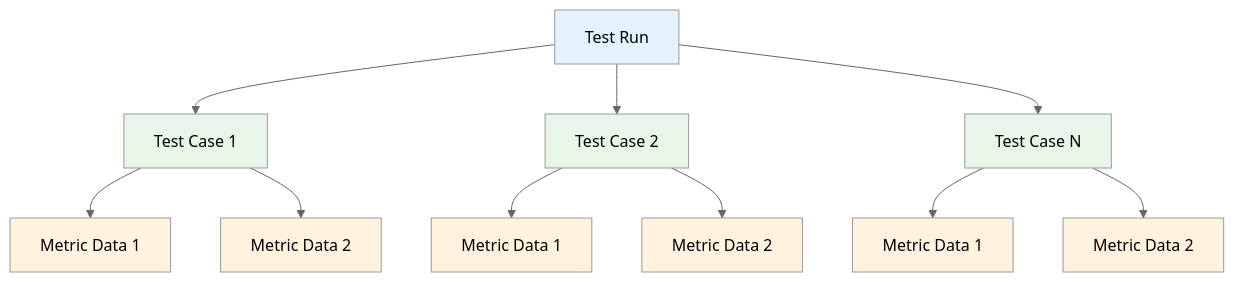
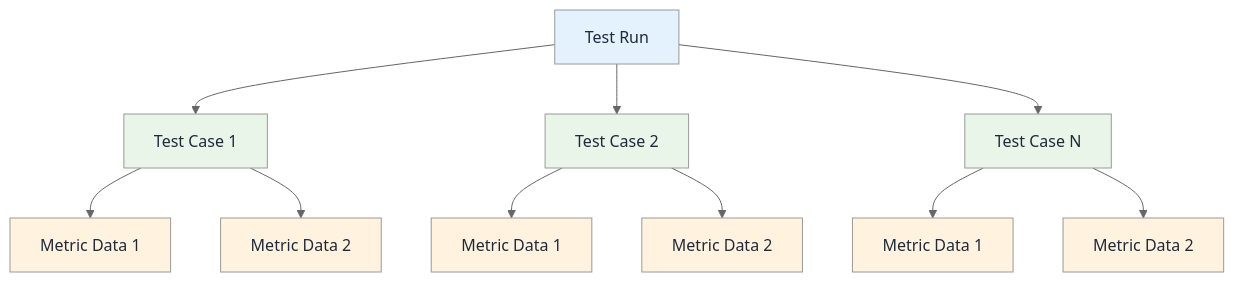
The third of 5 diagrams in fern/docs/api-docs/data-models.mdx (confident-ai/confident-docs), drawn with Mermaid (neutral theme) before and after one commit. The commit also changed other lines of this file and 13 other files, not shown here.

````diff
--- a/fern/docs/api-docs/data-models.mdx
+++ b/fern/docs/api-docs/data-models.mdx
@@ -110,26 +110,26 @@
 ```mermaid
 graph TD
     A[Test Run] --> B[Test Case 1]
     A --> C[Test Case 2]
     A --> D[Test Case N]
 
     B --> E[Metric Data 1]
     B --> F[Metric Data 2]
 
     C --> G[Metric Data 1]
     C --> H[Metric Data 2]
 
     D --> I[Metric Data 1]
     D --> J[Metric Data 2]
 
-    style A fill:#e3f2fd
-    style B fill:#e8f5e8
-    style C fill:#e8f5e8
-    style D fill:#e8f5e8
-    style E fill:#fff3e0
-    style F fill:#fff3e0
-    style G fill:#fff3e0
-    style H fill:#fff3e0
-    style I fill:#fff3e0
-    style J fill:#fff3e0
+    style A fill:#e3f2fd,color:#1e293b
+    style B fill:#e8f5e8,color:#1e293b
+    style C fill:#e8f5e8,color:#1e293b
+    style D fill:#e8f5e8,color:#1e293b
+    style E fill:#fff3e0,color:#1e293b
+    style F fill:#fff3e0,color:#1e293b
+    style G fill:#fff3e0,color:#1e293b
+    style H fill:#fff3e0,color:#1e293b
+    style I fill:#fff3e0,color:#1e293b
+    style J fill:#fff3e0,color:#1e293b
 ```
````
